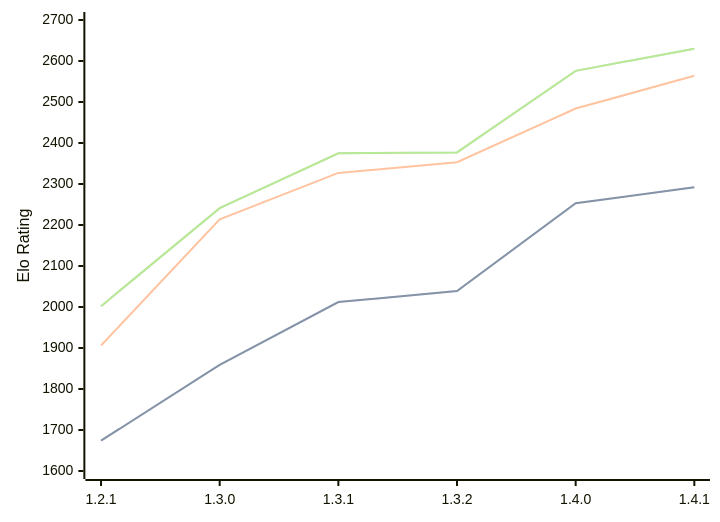
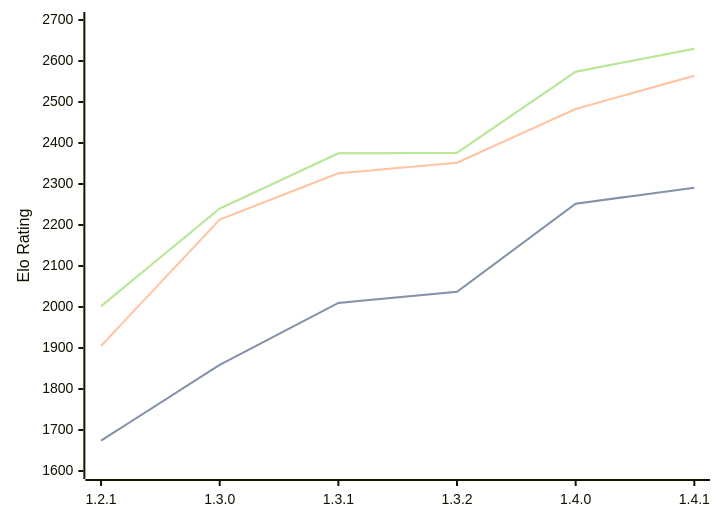
The third of 3 diagrams in engines/Chal.md (computer-chess-index/cci), drawn with Mermaid before and after one commit. The commit also changed other lines of this file, not shown here.

Commit message:
Update CCI Ratings (ELO VLTC) - 2026-06-26

````diff
--- a/engines/Chal.md
+++ b/engines/Chal.md
@@ -72,11 +72,11 @@
 ```mermaid
 %%{init: {"theme":"base","themeVariables":{"seriesColors:['#a3a3a3','#222221','#faa371']}}}%%
 xychart-beta
   x-axis ["1.2.1", "1.3.0", "1.3.1", "1.3.2", "1.4.0", "1.4.1"]
   y-axis "Elo Rating" 1600 --> 2700
-  line "STC (8.0+0.08s)" [1674, 1859, 2012, 2039, 2253, 2292]
-  line "STC (8.0+0.08s)" [1674, 1859, 2012, 2039, 2253, 2292]
-  line "LTC (60.0+0.60s)" [1906, 2214, 2327, 2353, 2484, 2564]
-  line "VLTC (2m24s+1.12s)" [2002, 2241, 2375, 2377, 2576, 2630]
-  line "VLTC (2m24s+1.12s)" [2002, 2241, 2375, 2377, 2576, 2630]
+  line "STC (8.0+0.08s)" [1674, 1859, 2010, 2037, 2252, 2291]
+  line "STC (8.0+0.08s)" [1674, 1859, 2010, 2037, 2252, 2291]
+  line "LTC (60.0+0.60s)" [1905, 2213, 2326, 2352, 2483, 2564]
+  line "VLTC (2m24s+1.12s)" [2002, 2240, 2375, 2376, 2574, 2630]
+  line "VLTC (2m24s+1.12s)" [2002, 2240, 2375, 2376, 2574, 2630]
 ```
````
